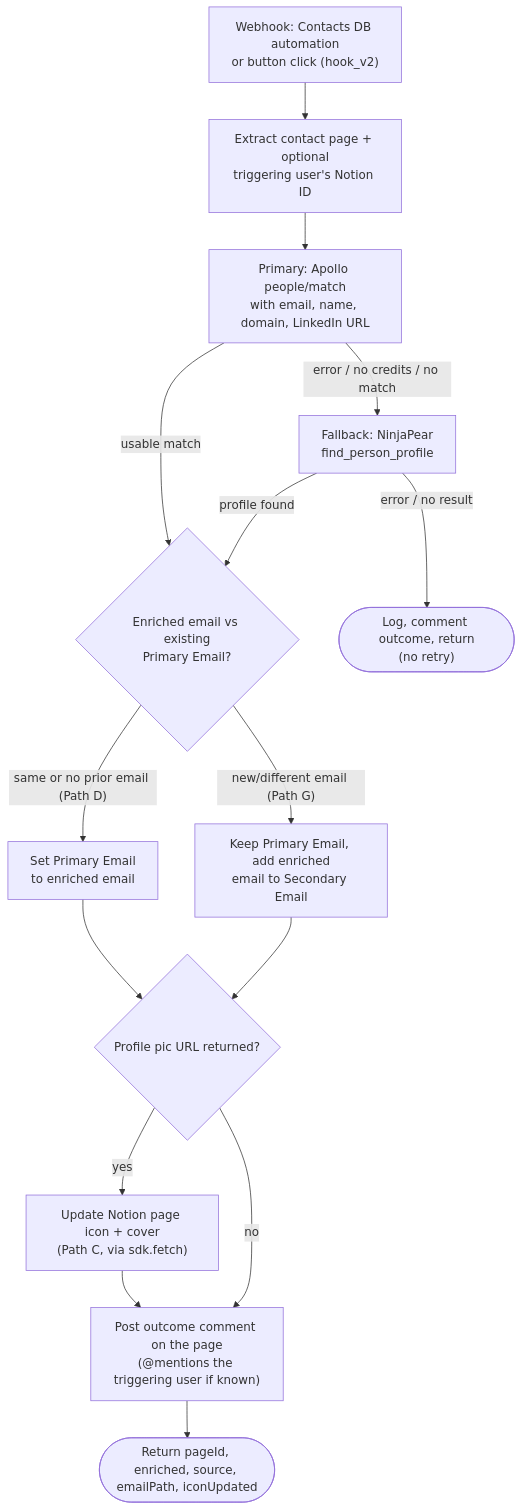
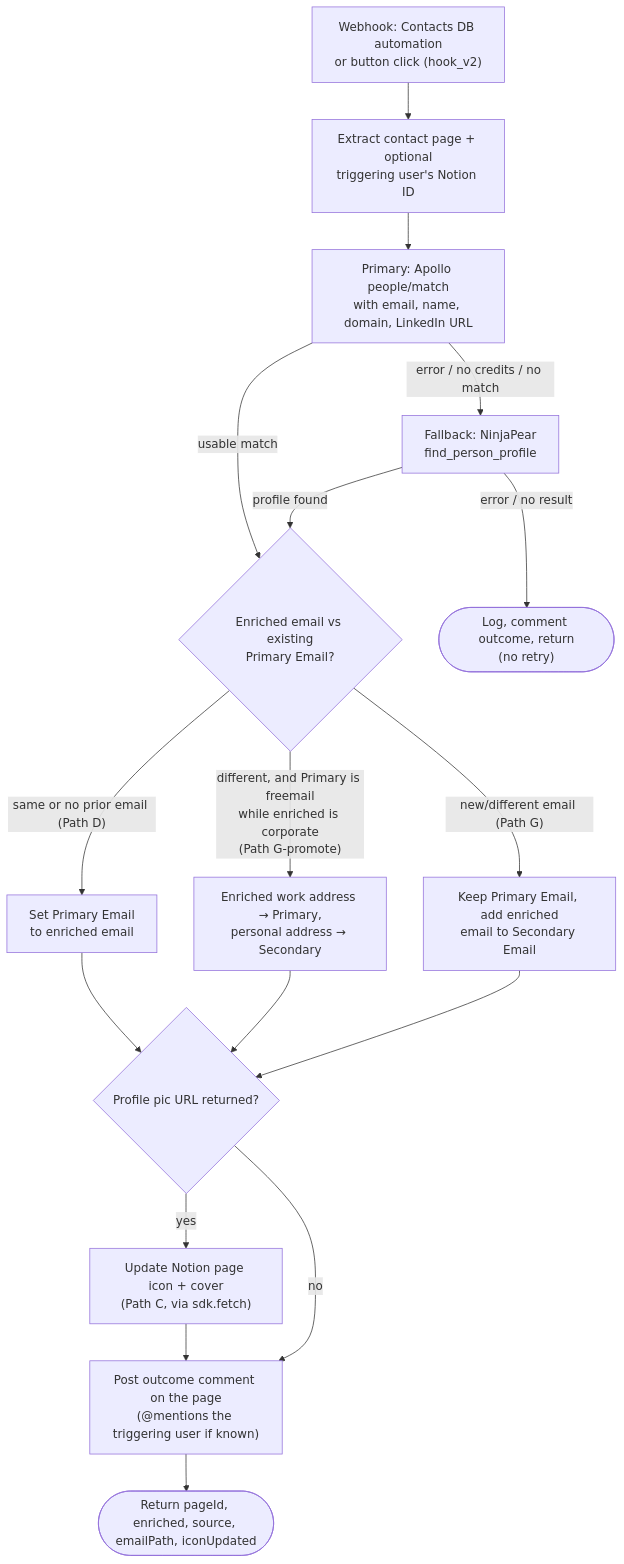
One commit to work-flowers/zapier-sdk changed the diagram in enrich-contact-records/README.md. Above: the diagram before and after it, drawn with Mermaid. The commit also changed other lines of this file and 3 other files, not shown here.

````diff
--- a/enrich-contact-records/README.md
+++ b/enrich-contact-records/README.md
@@ -60,16 +64,18 @@
 ```mermaid
 flowchart TD
     A["Webhook: Contacts DB automation<br/>or button click (hook_v2)"] --> B["Extract contact page + optional<br/>triggering user's Notion ID"]
     B --> AP["Primary: Apollo people/match<br/>with email, name, domain, LinkedIn URL"]
     AP -- "usable match" --> E
     AP -- "error / no credits / no match" --> NP["Fallback: NinjaPear<br/>find_person_profile"]
     NP -- "profile found" --> E{"Enriched email vs existing<br/>Primary Email?"}
     NP -- "error / no result" --> D(["Log, comment outcome, return<br/>(no retry)"])
     E -- "same or no prior email (Path D)" --> F["Set Primary Email<br/>to enriched email"]
+    E -- "different, and Primary is freemail<br/>while enriched is corporate<br/>(Path G-promote)" --> GP["Enriched work address → Primary,<br/>personal address → Secondary"]
     E -- "new/different email (Path G)" --> G["Keep Primary Email, add enriched<br/>email to Secondary Email"]
     F --> H{"Profile pic URL returned?"}
+    GP --> H
     G --> H
     H -- yes --> I["Update Notion page icon + cover<br/>(Path C, via sdk.fetch)"] --> J
     H -- no --> J["Post outcome comment on the page<br/>(@mentions the triggering user if known)"]
     J --> K(["Return pageId, enriched, source, emailPath, iconUpdated"])
 ```
````
